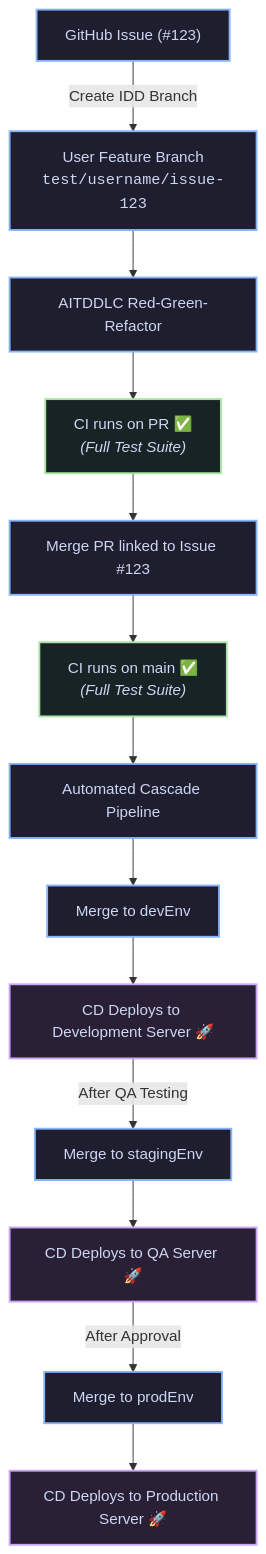
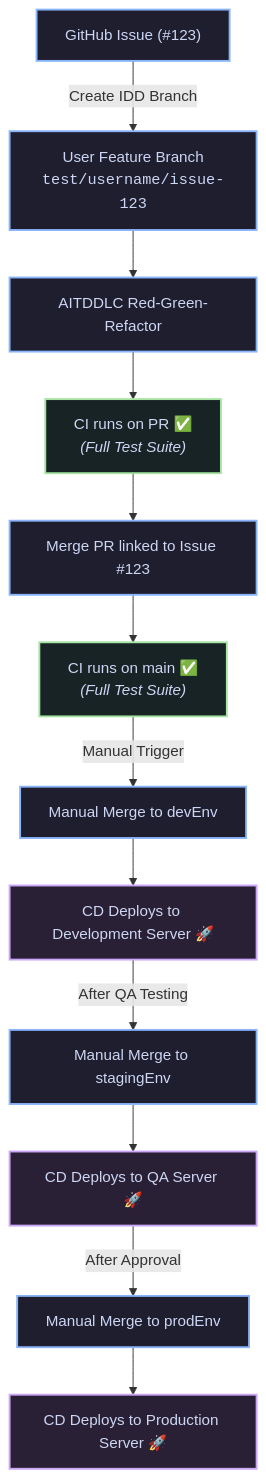
One commit to corebit-bd/pend-boilerplate changed the diagram in documentation/00_ci-cd/GITHUB_SECRETS_SETUP.md. Above: the diagram before and after it, drawn with Mermaid. The commit also changed 6 other files, not shown here.

Commit message:
cicd : Removed Automated Branch Cascade Workflow & Updated Documentation accordingly

````diff
--- a/documentation/00_ci-cd/GITHUB_SECRETS_SETUP.md
+++ b/documentation/00_ci-cd/GITHUB_SECRETS_SETUP.md
@@ -294,39 +294,37 @@
 ```mermaid
 graph TD
     %% Nodes
     A["GitHub Issue (#123)"]
     B["User Feature Branch<br><code>test/username/issue-123</code>"]
     C["AITDDLC Red-Green-Refactor"]
     D["CI runs on PR ✅<br><i>(Full Test Suite)</i>"]
     E["Merge PR linked to Issue #123"]
     F["CI runs on main ✅<br><i>(Full Test Suite)</i>"]
-    G["Automated Cascade Pipeline"]
-    H["Merge to devEnv"]
+    H["Manual Merge to devEnv"]
     I["CD Deploys to Development Server 🚀"]
-    J["Merge to stagingEnv"]
+    J["Manual Merge to stagingEnv"]
     K["CD Deploys to QA Server 🚀"]
-    L["Merge to prodEnv"]
+    L["Manual Merge to prodEnv"]
     M["CD Deploys to Production Server 🚀"]
 
     %% Flow
     A -->|Create IDD Branch| B
     B --> C
     C --> D
     D --> E
     E --> F
-    F --> G
-    G --> H
+    F -->|Manual Trigger| H
     H --> I
     I -->|After QA Testing| J
     J --> K
     K -->|After Approval| L
     L --> M
 
     %% Styling
     classDef default fill:#1e1e2e,stroke:#89b4fa,stroke-width:2px,color:#cdd6f4;
     classDef success fill:#182325,stroke:#a6e3a1,stroke-width:2px,color:#cdd6f4;
     classDef deploy fill:#2a2035,stroke:#cba6f7,stroke-width:2px,color:#cdd6f4;
     
     class D,F success;
     class I,K,M deploy;
 ```
````
